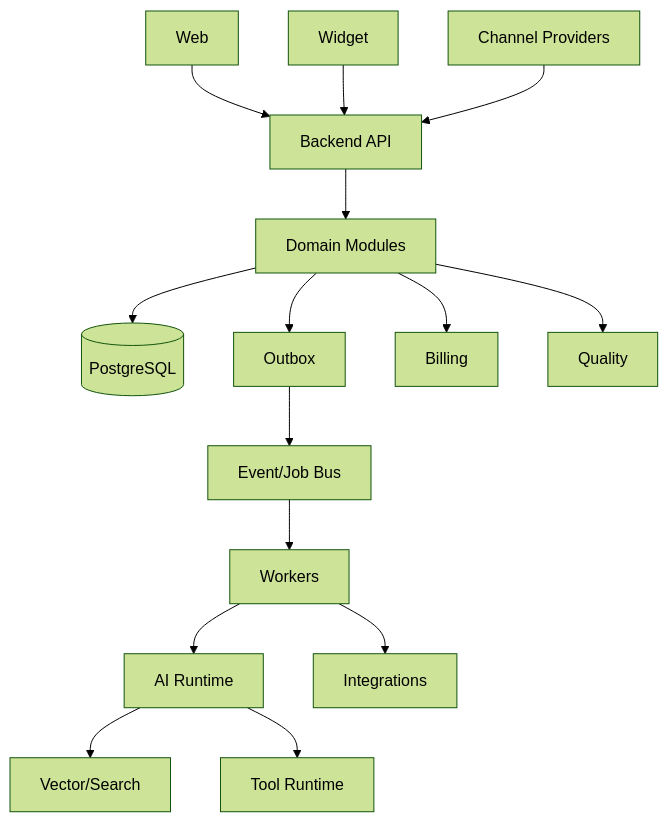
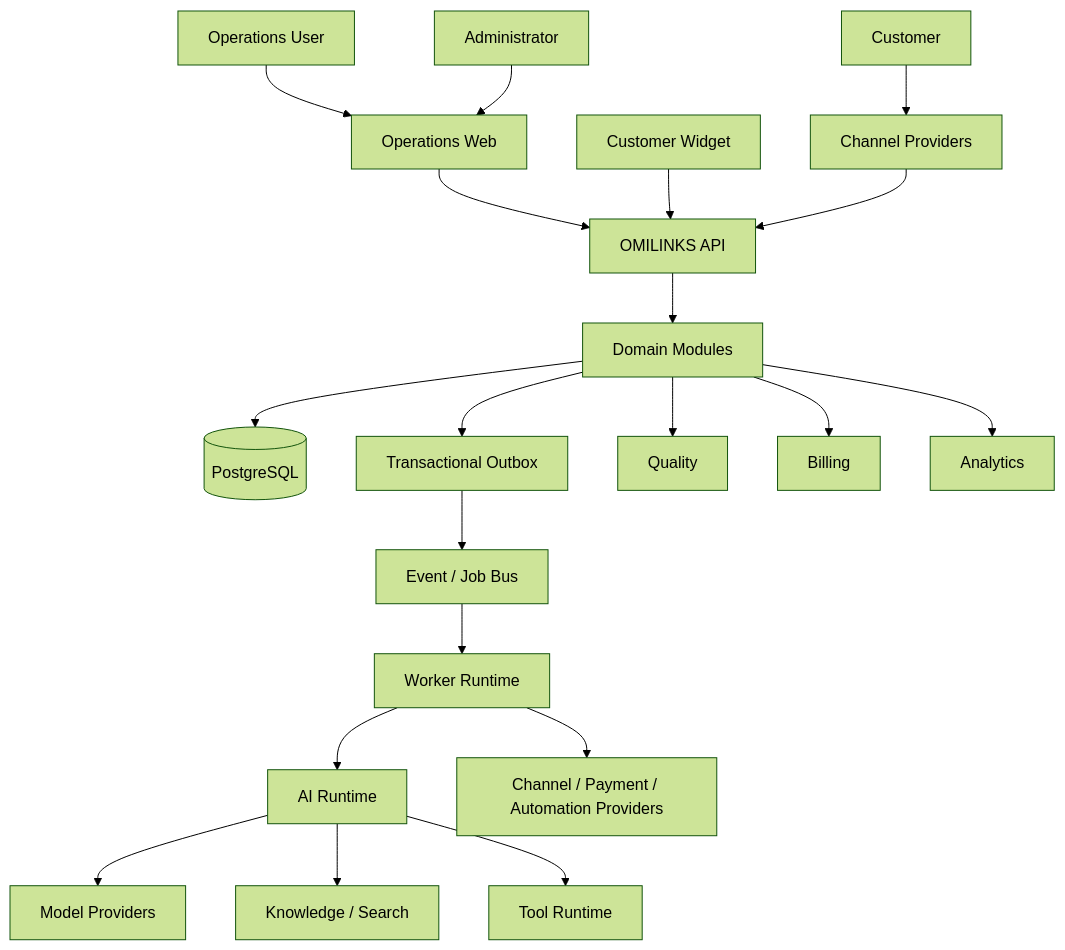
Before and after one commit to D-engahmed/OMILINKS: the first of 3 diagrams in docs/architecture/HLD.md, drawn with Mermaid (forest theme). The commit also changed other lines of this file and 4 other files, not shown here.

Commit message:
docs: deepen high level low level deployment network and event architecture

````diff
--- a/docs/architecture/HLD.md
+++ b/docs/architecture/HLD.md
@@ -36,17 +25,25 @@
-```mermaid
+~~~mermaid
 flowchart TB
-WEB[Web] --> API[Backend API]
-WID[Widget] --> API
-PROV[Channel Providers] --> API
-API --> DOM[Domain Modules]
-DOM --> DB[(PostgreSQL)]
-DOM --> OUTBOX[Outbox]
-OUTBOX --> BUS[Event/Job Bus]
-BUS --> WORK[Workers]
-WORK --> AI[AI Runtime]
-WORK --> INTEG[Integrations]
-AI --> SEARCH[Vector/Search]
+CUSTOMER[Customer] --> CHANNELS[Channel Providers]
+OPERATOR[Operations User] --> WEB[Operations Web]
+ADMIN[Administrator] --> WEB
+WEB --> API[OMILINKS API]
+WIDGET[Customer Widget] --> API
+
+CHANNELS --> API
+API --> DOMAIN[Domain Modules]
+DOMAIN --> DB[(PostgreSQL)]
+DOMAIN --> OUTBOX[Transactional Outbox]
+OUTBOX --> BUS[Event / Job Bus]
+BUS --> WORKERS[Worker Runtime]
+
+WORKERS --> AI[AI Runtime]
+AI --> MODELS[Model Providers]
+WORKERS --> PROVIDERS[Channel / Payment / Automation Providers]
+AI --> KNOW[Knowledge / Search]
 AI --> TOOLS[Tool Runtime]
-DOM --> BILL[Billing]
-DOM --> QA[Quality]
-```
+
+DOMAIN --> QUALITY[Quality]
+DOMAIN --> BILLING[Billing]
+DOMAIN --> ANALYTICS[Analytics]
+~~~
````
